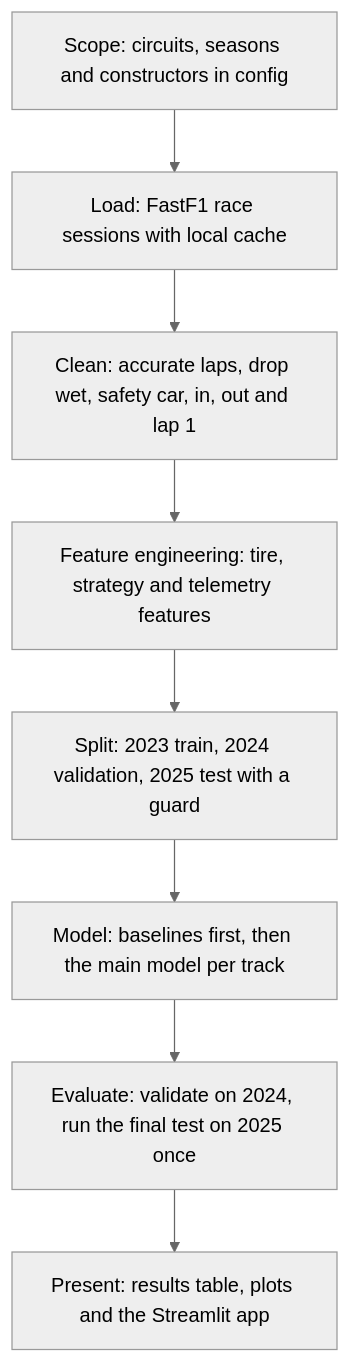
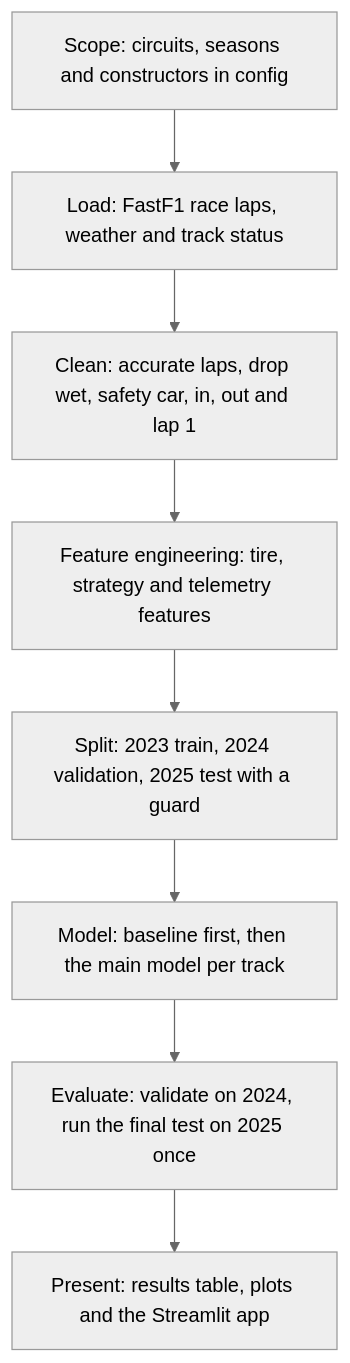
Before and after one commit to Njoura7/f1-race-analytics: the diagram in docs/architecture.md, drawn with Mermaid (neutral theme). The commit also changed other lines of this file and 18 other files, not shown here.

````diff
--- a/docs/architecture.md
+++ b/docs/architecture.md
@@ -5,10 +5,10 @@
 ```mermaid
 flowchart TD
-    A[Scope: circuits, seasons and constructors in config] --> B[Load: FastF1 race sessions with local cache]
+    A[Scope: circuits, seasons and constructors in config] --> B[Load: FastF1 race laps, weather and track status]
     B --> C[Clean: accurate laps, drop wet, safety car, in, out and lap 1]
     C --> D[Feature engineering: tire, strategy and telemetry features]
     D --> E[Split: 2023 train, 2024 validation, 2025 test with a guard]
-    E --> F[Model: baselines first, then the main model per track]
+    E --> F[Model: baseline first, then the main model per track]
     F --> G[Evaluate: validate on 2024, run the final test on 2025 once]
     G --> H[Present: results table, plots and the Streamlit app]
 ```
````
